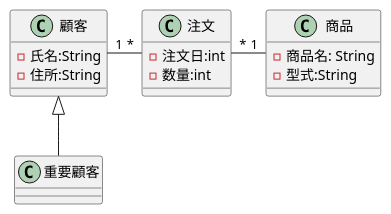
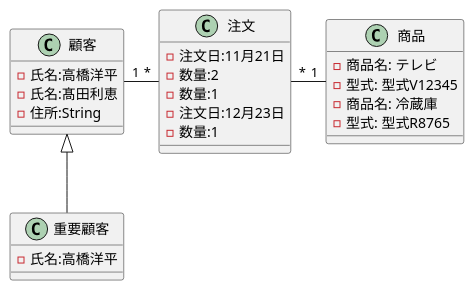
One commit to isio2/uml-introduction changed the diagram in 演習3-7_OBJ_注文のオブジェクト図.pu. Above: the diagram before and after it, drawn with PlantUML.

Commit message:
変更しました。5/10

```diff
--- a/演習3-7_OBJ_注文のオブジェクト図.pu
+++ b/演習3-7_OBJ_注文のオブジェクト図.pu
@@ -1,20 +1,28 @@
 @startuml
-' left to right direction
 class "重要顧客" as empty_car {
+- 氏名:高橋洋平
 }
 class "注文" as rental {
-- 注文日:int
-- 数量:int
+- 注文日:11月21日
+- 数量:2
+- 数量:1
+- 注文日:12月23日
+- 数量:1
 }
 class "顧客" as car {
-- 氏名:String
+- 氏名:高橋洋平
+- 氏名:髙田利恵
 - 住所:String
 }
 class "商品" as customer {
-- 商品名: String
-- 型式:String
+- 商品名: テレビ
+- 型式: 型式V12345
+- 商品名: 冷蔵庫
+- 型式: 型式R8765
+
+
 }
 rental "*" --left-- "1" car
 car <|-down- empty_car
 rental "*" -ri- "1" customer
 @endumls
```
